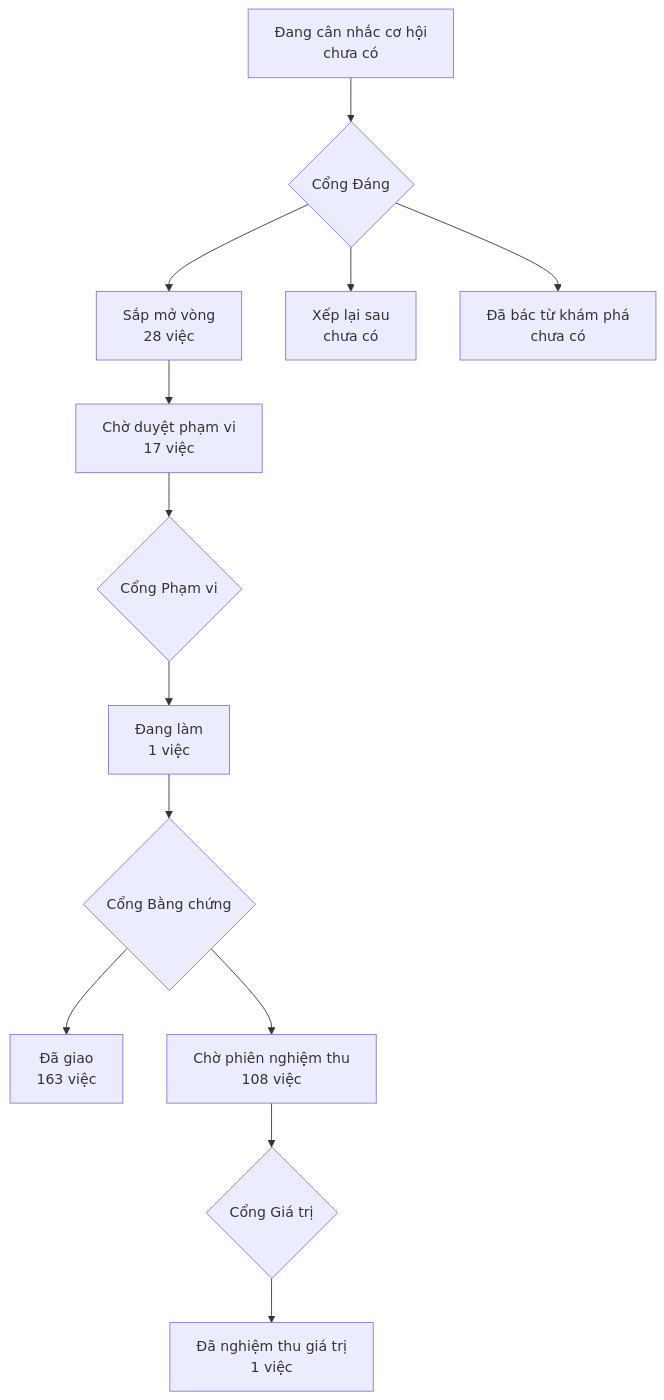
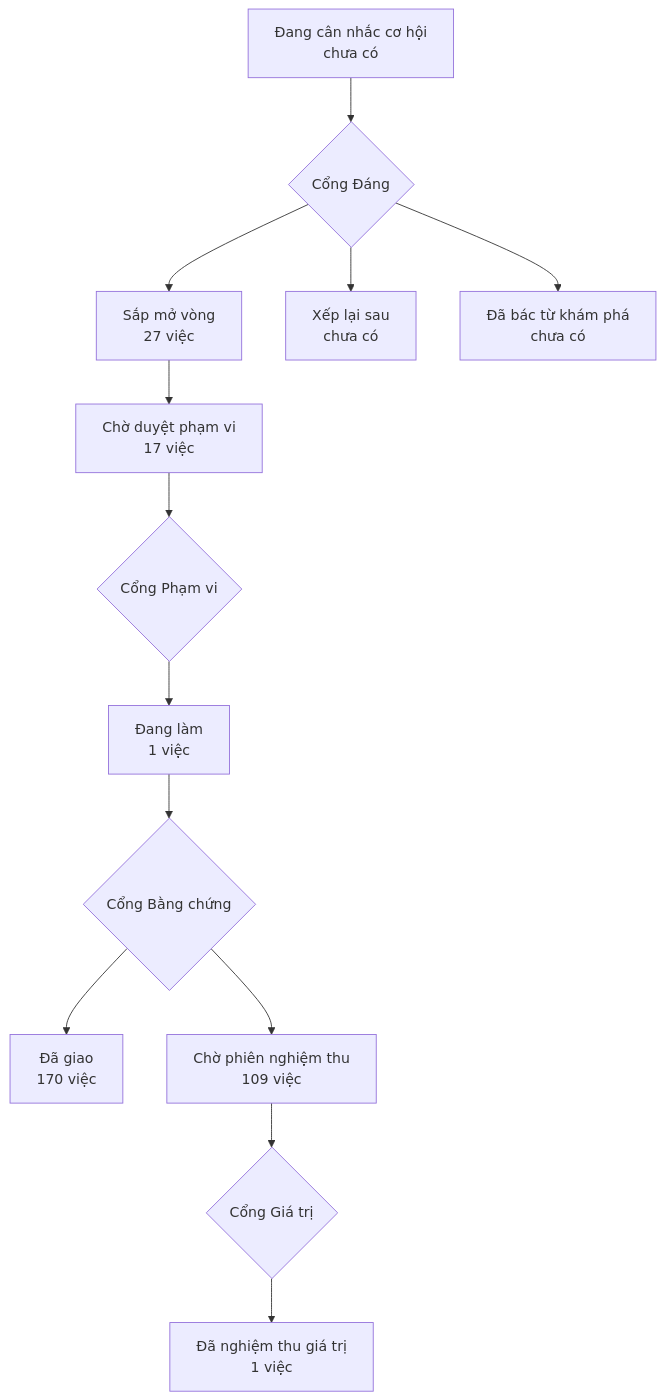
Before and after one commit to phanlemanh/onehub-invest: the diagram in PRODUCT-MAP.md, drawn with Mermaid. The commit also changed other lines of this file and 9 other files, not shown here.

````diff
--- a/PRODUCT-MAP.md
+++ b/PRODUCT-MAP.md
@@ -7,12 +7,12 @@
 ```mermaid
 flowchart TD
   A["Đang cân nhắc cơ hội<br/>chưa có"] --> GD{"Cổng Đáng"}
-  GD --> B["Sắp mở vòng<br/>28 việc"]
+  GD --> B["Sắp mở vòng<br/>27 việc"]
   GD --> XL["Xếp lại sau<br/>chưa có"]
   GD --> DB["Đã bác từ khám phá<br/>chưa có"]
   B --> CD["Chờ duyệt phạm vi<br/>17 việc"] --> GP{"Cổng Phạm vi"}
   GP --> DL["Đang làm<br/>1 việc"] --> GB{"Cổng Bằng chứng"}
-  GB --> DG["Đã giao<br/>163 việc"]
-  GB --> CN["Chờ phiên nghiệm thu<br/>108 việc"] --> GG{"Cổng Giá trị"}
+  GB --> DG["Đã giao<br/>170 việc"]
+  GB --> CN["Chờ phiên nghiệm thu<br/>109 việc"] --> GG{"Cổng Giá trị"}
   GG --> NT["Đã nghiệm thu giá trị<br/>1 việc"]
 ```
````
